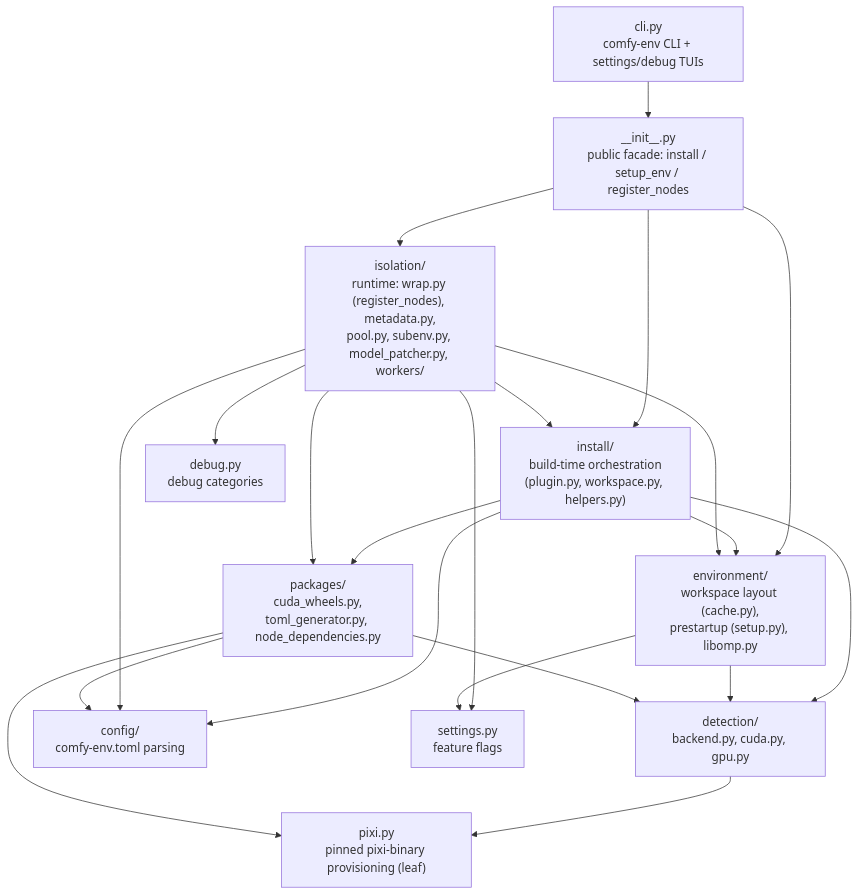
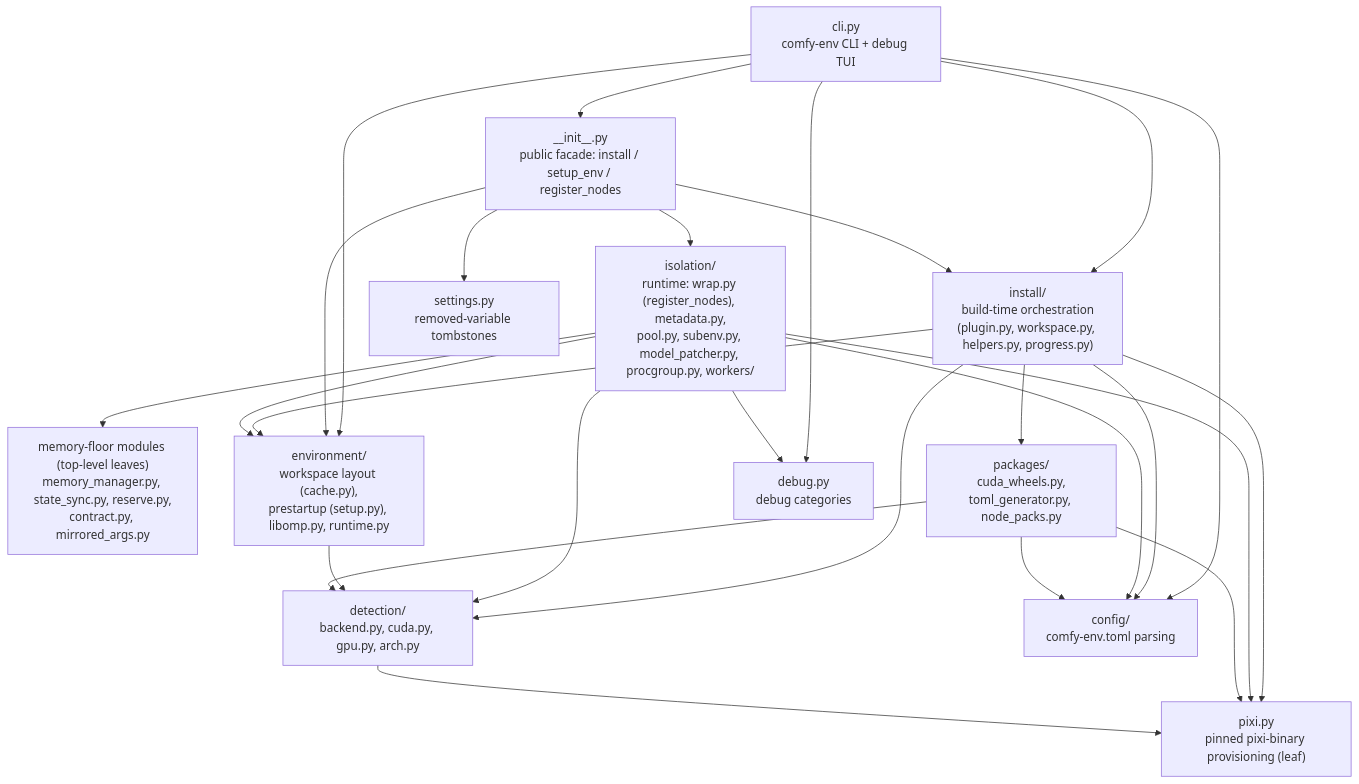
The diagram in docs/comfy-env/import-layering.md (Comfy-Forge/comfy-forge-docs), drawn with Mermaid before and after one commit. The commit also changed other lines of this file and 37 other files, not shown here.

````diff
--- a/docs/comfy-env/import-layering.md
+++ b/docs/comfy-env/import-layering.md
@@ -38,35 +41,41 @@
 ```mermaid
 flowchart TD
-    cli["cli.py<br/>comfy-env CLI + settings/debug TUIs"]
+    cli["cli.py<br/>comfy-env CLI + debug TUI"]
     facade["__init__.py<br/>public facade: install / setup_env / register_nodes"]
-    install["install/<br/>build-time orchestration<br/>(plugin.py, workspace.py, helpers.py)"]
-    isolation["isolation/<br/>runtime: wrap.py (register_nodes), metadata.py,<br/>pool.py, subenv.py, model_patcher.py, workers/"]
-    environment["environment/<br/>workspace layout (cache.py),<br/>prestartup (setup.py), libomp.py"]
-    packages["packages/<br/>cuda_wheels.py,<br/>toml_generator.py, node_dependencies.py"]
-    detection["detection/<br/>backend.py, cuda.py, gpu.py"]
+    install["install/<br/>build-time orchestration<br/>(plugin.py, workspace.py, helpers.py, progress.py)"]
+    isolation["isolation/<br/>runtime: wrap.py (register_nodes), metadata.py,<br/>pool.py, subenv.py, model_patcher.py, procgroup.py, workers/"]
+    floor["memory-floor modules (top-level leaves)<br/>memory_manager.py, state_sync.py, reserve.py,<br/>contract.py, mirrored_args.py"]
+    environment["environment/<br/>workspace layout (cache.py),<br/>prestartup (setup.py), libomp.py, runtime.py"]
+    packages["packages/<br/>cuda_wheels.py,<br/>toml_generator.py, node_packs.py"]
+    detection["detection/<br/>backend.py, cuda.py, gpu.py, arch.py"]
     pixi["pixi.py<br/>pinned pixi-binary provisioning (leaf)"]
     config["config/<br/>comfy-env.toml parsing"]
-    settings["settings.py<br/>feature flags"]
+    settings["settings.py<br/>removed-variable tombstones"]
     debug["debug.py<br/>debug categories"]
 
     cli --> facade
+    cli --> install
+    cli --> environment
+    cli --> config
+    cli --> debug
     facade --> install
     facade --> isolation
     facade --> environment
+    facade --> settings
     install --> packages
     install --> environment
     install --> detection
     install --> config
+    install --> pixi
     isolation --> environment
-    isolation --> packages
-    isolation --> install
+    isolation --> detection
     isolation --> config
-    isolation --> settings
     isolation --> debug
+    isolation --> pixi
+    isolation --> floor
     environment --> detection
-    environment --> settings
     packages --> detection
     packages --> config
+    packages --> pixi
     detection --> pixi
-    packages --> pixi
 ```
````
